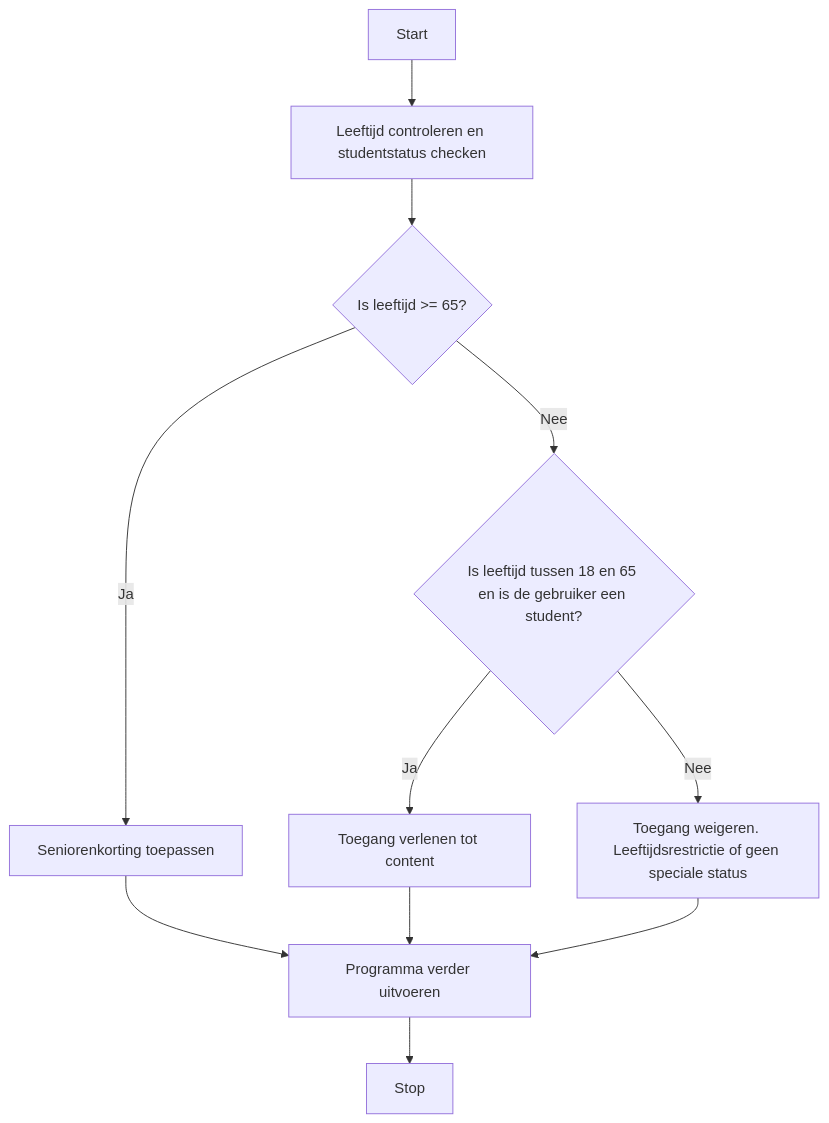
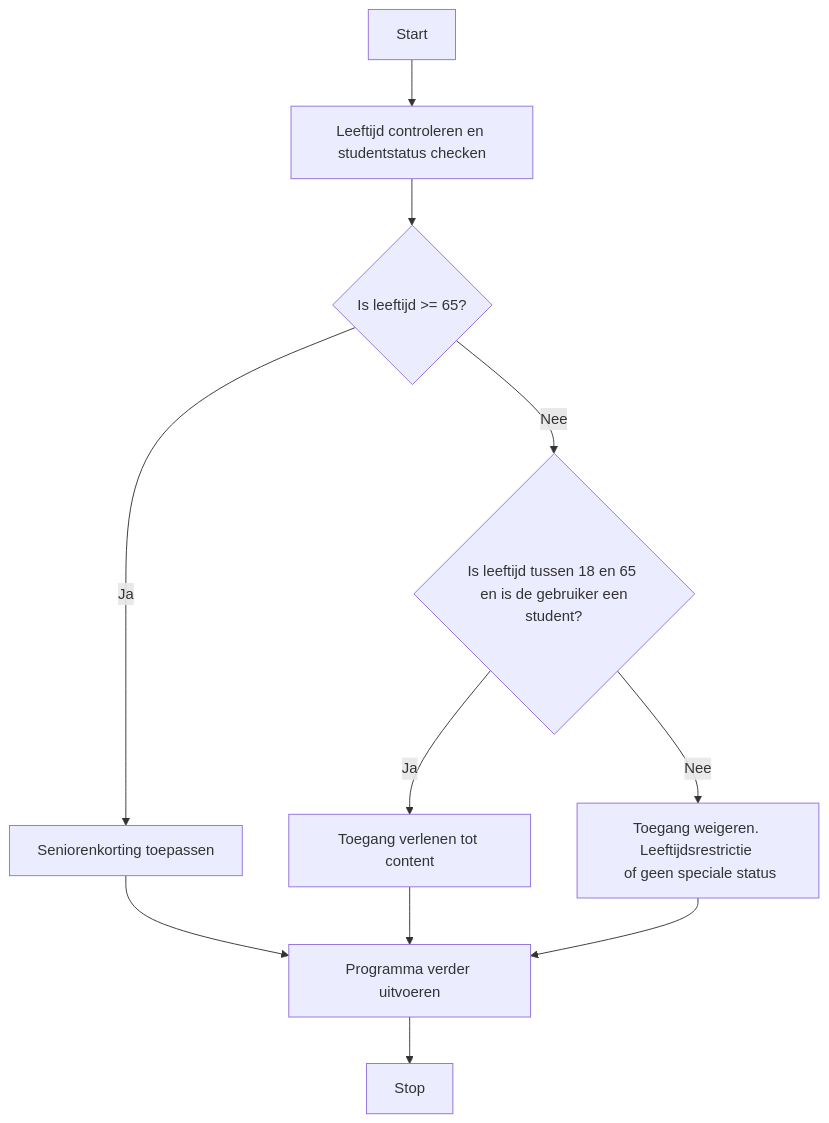
Before and after one commit to Windesheim-HBO-ICT/Leerlijn-Content-SE: the diagram in content/3. Procedurele-informatie/3. Processen/4. Implementatieproces/2. Bouwen softwaresysteem/If-Else/1. If-Else.md, drawn with Mermaid. The commit also changed other lines of this file and 12 other files, not shown here.

````diff
--- a/content/3. Procedurele-informatie/3. Processen/4. Implementatieproces/2. Bouwen softwaresysteem/If-Else/1. If-Else.md
+++ b/content/3. Procedurele-informatie/3. Processen/4. Implementatieproces/2. Bouwen softwaresysteem/If-Else/1. If-Else.md
@@ -73,25 +73,14 @@
 ```mermaid
 
 flowchart TD
-
     A[Start] --> B[Leeftijd controleren en studentstatus checken]
-
     B --> C{Is leeftijd >= 65?}
-
     C -- Ja --> D[Seniorenkorting toepassen]
-
-    C -- Nee --> E{Is leeftijd tussen 18 en 65 en is de gebruiker een student?}
-
+    C -- Nee --> E{Is leeftijd tussen 18 en 65 \n en is de gebruiker een student?}
     E -- Ja --> F[Toegang verlenen tot content]
-
-    E -- Nee --> G[Toegang weigeren. Leeftijdsrestrictie of geen speciale status]
-
+    E -- Nee --> G[Toegang weigeren. Leeftijdsrestrictie \n of geen speciale status]
     D --> H[Programma verder uitvoeren]
-
     F --> H
-
     G --> H
-
     H --> I[Stop]
-
 ```
````
